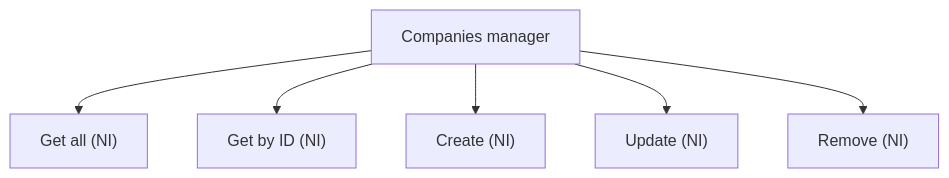
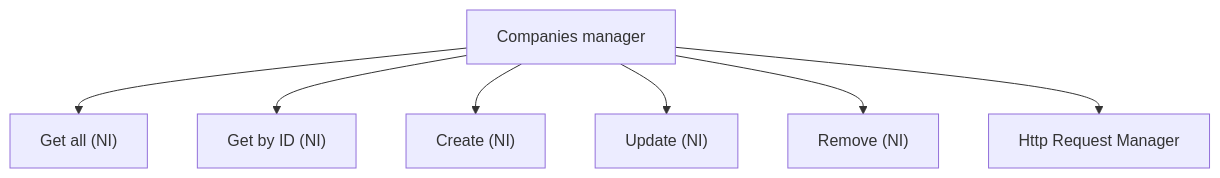
The third of 5 diagrams in README.md (Chi-Iroh/HubSpot-API), drawn with Mermaid before and after one commit. The commit also changed other lines of this file, not shown here.

````diff
--- a/README.md
+++ b/README.md
@@ -48,8 +51,9 @@
 ```mermaid
 graph TD;
     A[Companies manager] --> B["Get all (NI)"];
     A --> C["Get by ID (NI)"];
     A --> D["Create (NI)"];
     A --> E["Update (NI)"];
     A --> F["Remove (NI)"];
+    A --> G["Http Request Manager"]
 ```
````
